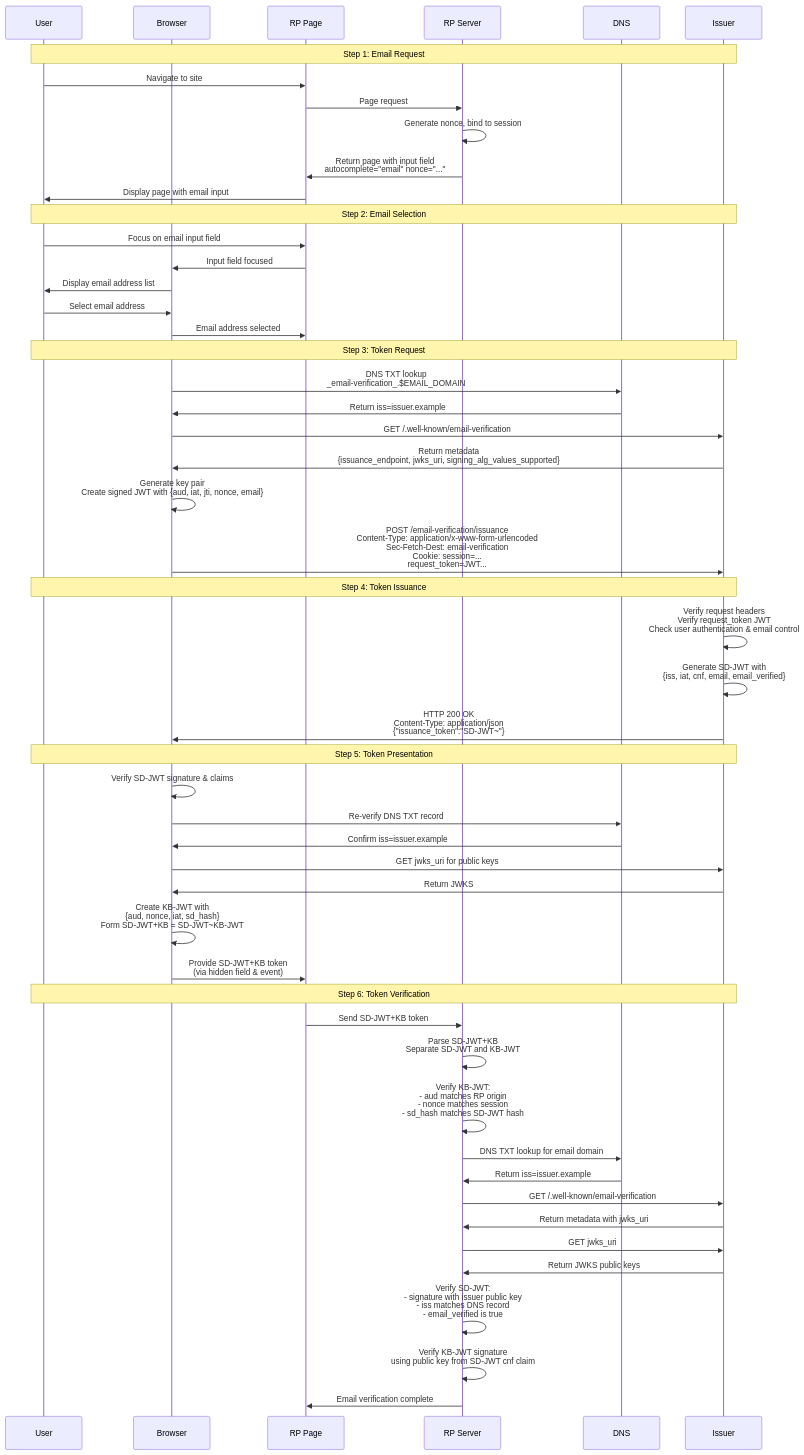
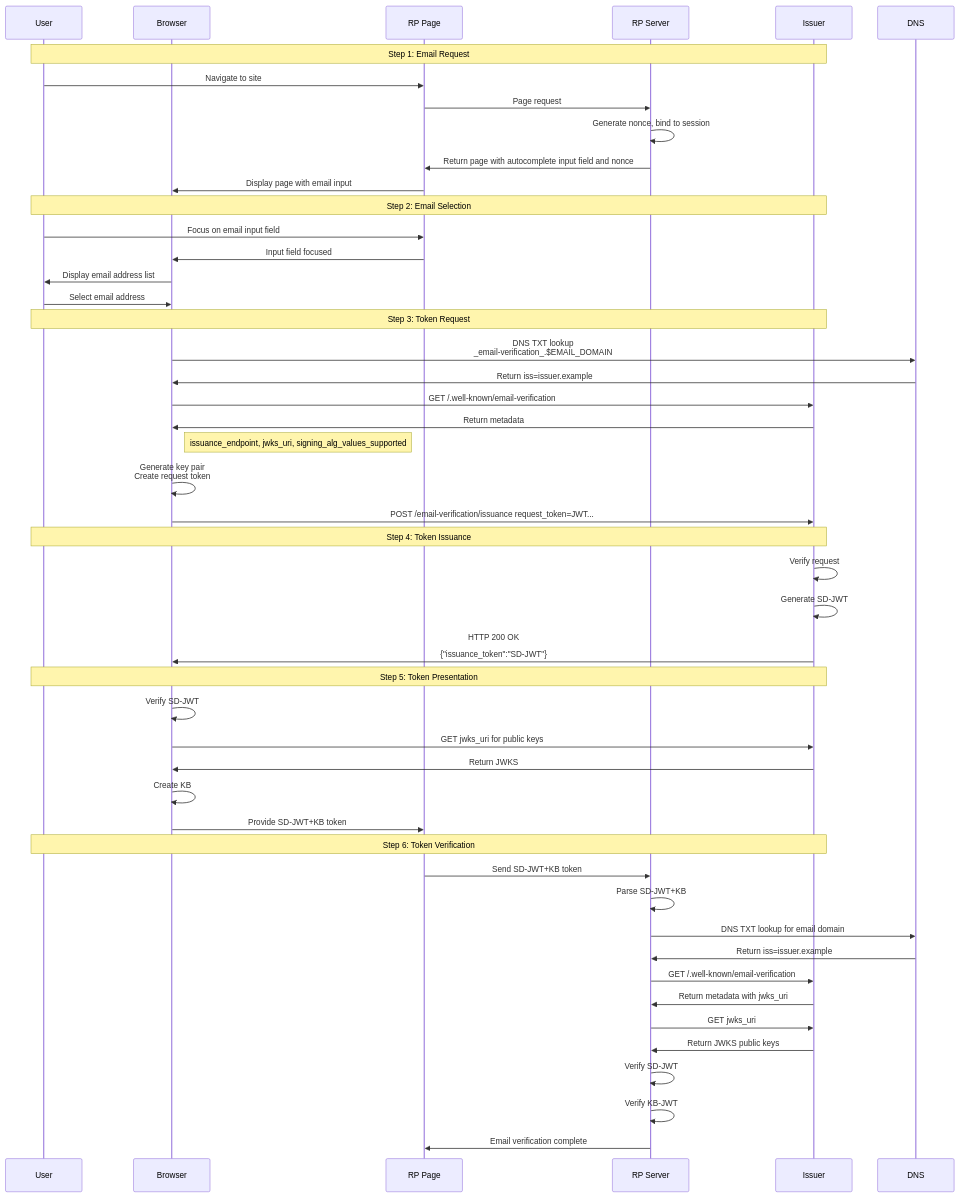
One commit to dickhardt/email-verification-protocol changed the diagram in README.md. Above: the diagram before and after it, drawn with Mermaid.

Commit message:
Refactor README.md to enhance clarity in the email verification sequence. Update the sequence diagram to streamline steps, improve terminology, and ensure consistency in token handling and verification processes.

````diff
--- a/README.md
+++ b/README.md
@@ -39,59 +39,56 @@
 ```mermaid
 sequenceDiagram
     participant U as User
     participant B as Browser
     participant RP as RP Page
     participant RPS as RP Server
+    participant I as Issuer
     participant DNS as DNS
-    participant I as Issuer
 
     Note over U,I: Step 1: Email Request
     U->>RP: Navigate to site
     RP->>RPS: Page request
     RPS->>RPS: Generate nonce, bind to session
-    RPS->>RP: Return page with input field<br/>autocomplete="email" nonce="..."
-    RP->>U: Display page with email input
+    RPS->>RP: Return page with autocomplete input field and nonce
+    RP->>B: Display page with email input
 
     Note over U,I: Step 2: Email Selection
     U->>RP: Focus on email input field
     RP->>B: Input field focused
     B->>U: Display email address list
     U->>B: Select email address
-    B->>RP: Email address selected
 
     Note over U,I: Step 3: Token Request
     B->>DNS: DNS TXT lookup<br/>_email-verification_.$EMAIL_DOMAIN
     DNS->>B: Return iss=issuer.example
     B->>I: GET /.well-known/email-verification
-    I->>B: Return metadata<br/>{issuance_endpoint, jwks_uri, signing_alg_values_supported}
-    B->>B: Generate key pair<br/>Create signed JWT with {aud, iat, jti, nonce, email}
-    B->>I: POST /email-verification/issuance<br/>Content-Type: application/x-www-form-urlencoded<br/>Sec-Fetch-Dest: email-verification<br/>Cookie: session=...<br/>request_token=JWT...
+    I->>B: Return metadata
+    Note right of B: issuance_endpoint, jwks_uri, signing_alg_values_supported
+    B->>B: Generate key pair<br/>Create request token
+    B->>I: POST /email-verification/issuance request_token=JWT...
 
     Note over U,I: Step 4: Token Issuance
-    I->>I: Verify request headers<br/>Verify request_token JWT<br/>Check user authentication & email control
-    I->>I: Generate SD-JWT with<br/>{iss, iat, cnf, email, email_verified}
-    I->>B: HTTP 200 OK<br/>Content-Type: application/json<br/>{"issuance_token":"SD-JWT~"}
+    I->>I: Verify request
+    I->>I: Generate SD-JWT
+    I->>B: HTTP 200 OK<br/><br/>{"issuance_token":"SD-JWT"}
 
     Note over U,I: Step 5: Token Presentation
-    B->>B: Verify SD-JWT signature & claims
-    B->>DNS: Re-verify DNS TXT record
-    DNS->>B: Confirm iss=issuer.example
+    B->>B: Verify SD-JWT
     B->>I: GET jwks_uri for public keys
     I->>B: Return JWKS
-    B->>B: Create KB-JWT with<br/>{aud, nonce, iat, sd_hash}<br/>Form SD-JWT+KB = SD-JWT~KB-JWT
-    B->>RP: Provide SD-JWT+KB token<br/>(via hidden field & event)
+    B->>B: Create KB
+    B->>RP: Provide SD-JWT+KB token
 
     Note over U,I: Step 6: Token Verification
     RP->>RPS: Send SD-JWT+KB token
-    RPS->>RPS: Parse SD-JWT+KB<br/>Separate SD-JWT and KB-JWT
-    RPS->>RPS: Verify KB-JWT:<br/>- aud matches RP origin<br/>- nonce matches session<br/>- sd_hash matches SD-JWT hash
+    RPS->>RPS: Parse SD-JWT+KB
     RPS->>DNS: DNS TXT lookup for email domain
     DNS->>RPS: Return iss=issuer.example
     RPS->>I: GET /.well-known/email-verification
     I->>RPS: Return metadata with jwks_uri
     RPS->>I: GET jwks_uri
     I->>RPS: Return JWKS public keys
-    RPS->>RPS: Verify SD-JWT:<br/>- signature with issuer public key<br/>- iss matches DNS record<br/>- email_verified is true
-    RPS->>RPS: Verify KB-JWT signature<br/>using public key from SD-JWT cnf claim
+    RPS->>RPS: Verify SD-JWT
+    RPS->>RPS: Verify KB-JWT
     RPS->>RP: Email verification complete
 ```
````
